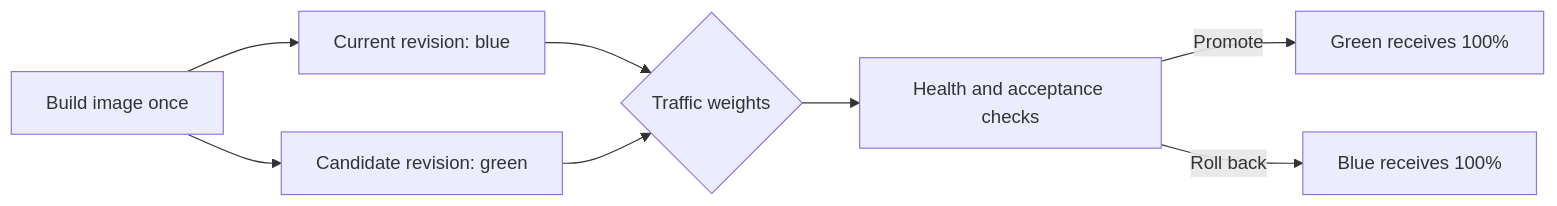
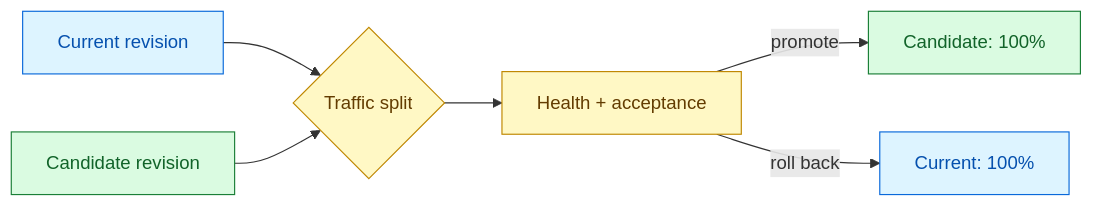
Before and after one commit to octodemo/dotnet-razor-pages-movie: the fourth of 4 diagrams in README.md, drawn with Mermaid. The commit also changed other lines of this file, not shown here.

````diff
--- a/README.md
+++ b/README.md
@@ -146,10 +164,16 @@
 ```mermaid
 flowchart LR
-    Build[Build image once] --> Blue[Current revision: blue]
-    Build --> Green[Candidate revision: green]
-    Blue --> Split{Traffic weights}
-    Green --> Split
-    Split --> Observe[Health and acceptance checks]
-    Observe -- Promote --> Green100[Green receives 100%]
-    Observe -- Roll back --> Blue100[Blue receives 100%]
+    Blue[Current revision] --> Traffic{Traffic split}
+    Green[Candidate revision] --> Traffic
+    Traffic --> Observe[Health + acceptance]
+    Observe -- promote --> Green100[Candidate: 100%]
+    Observe -- roll back --> Blue100[Current: 100%]
+
+    classDef current fill:#ddf4ff,color:#0550ae,stroke:#0969da;
+    classDef candidate fill:#dafbe1,color:#116329,stroke:#1a7f37;
+    classDef decision fill:#fff8c5,color:#633c01,stroke:#bf8700;
+
+    class Blue,Blue100 current;
+    class Green,Green100 candidate;
+    class Traffic,Observe decision;
 ```
````
